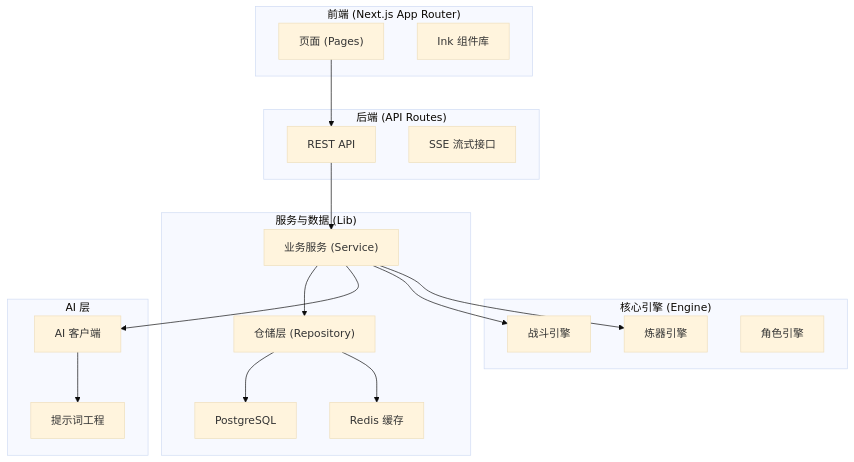
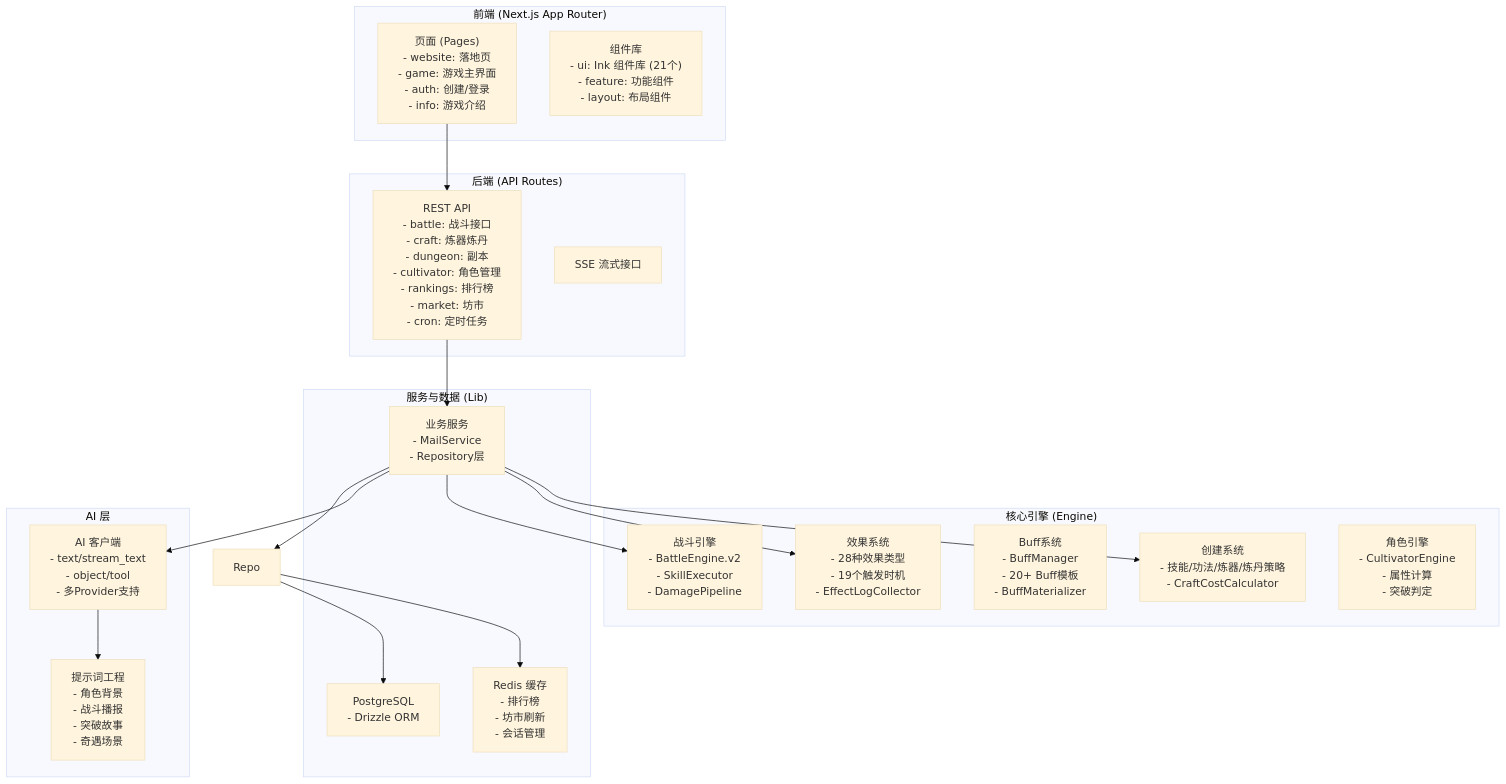
The diagram in README.md (ChurchTao/Daoyou), drawn with Mermaid (base theme) before and after one commit. The commit also changed other lines of this file, not shown here.

````diff
--- a/README.md
+++ b/README.md
@@ -87,31 +161,73 @@
 ```mermaid
 graph TB
 subgraph "前端 (Next.js App Router)"
-Pages["页面 (Pages)"]
-Components["Ink 组件库"]
+Pages["页面 (Pages)
+- website: 落地页
+- game: 游戏主界面
+- auth: 创建/登录
+- info: 游戏介绍"]
+Components["组件库
+- ui: Ink 组件库 (21个)
+- feature: 功能组件
+- layout: 布局组件"]
 end
 
 subgraph "后端 (API Routes)"
-API["REST API"]
+API["REST API
+- battle: 战斗接口
+- craft: 炼器炼丹
+- dungeon: 副本
+- cultivator: 角色管理
+- rankings: 排行榜
+- market: 坊市
+- cron: 定时任务"]
 SSE["SSE 流式接口"]
 end
 
 subgraph "核心引擎 (Engine)"
-BattleEng["战斗引擎"]
-CraftEng["炼器引擎"]
-CharEng["角色引擎"]
+BattleEng["战斗引擎
+- BattleEngine.v2
+- SkillExecutor
+- DamagePipeline"]
+EffectEng["效果系统
+- 28种效果类型
+- 19个触发时机
+- EffectLogCollector"]
+BuffSys["Buff系统
+- BuffManager
+- 20+ Buff模板
+- BuffMaterializer"]
+CreationEng["创建系统
+- 技能/功法/炼器/炼丹策略
+- CraftCostCalculator"]
+CharEng["角色引擎
+- CultivatorEngine
+- 属性计算
+- 突破判定"]
 end
 
 subgraph "服务与数据 (Lib)"
-Services["业务服务 (Service)"]
-Repo["仓储层 (Repository)"]
-Redis["Redis 缓存"]
-DB["PostgreSQL"]
+Services["业务服务
+- MailService
+- Repository层"]
+Redis["Redis 缓存
+- 排行榜
+- 坊市刷新
+- 会话管理"]
+DB["PostgreSQL
+- Drizzle ORM"]
 end
 
 subgraph "AI 层"
-AIClient["AI 客户端"]
-Prompts["提示词工程"]
+AIClient["AI 客户端
+- text/stream_text
+- object/tool
+- 多Provider支持"]
+Prompts["提示词工程
+- 角色背景
+- 战斗播报
+- 突破故事
+- 奇遇场景"]
 end
 
 Pages --> API
@@ -119,7 +235,8 @@
 Services --> Repo
 Services --> AIClient
 Services --> BattleEng
-Services --> CraftEng
+Services --> EffectEng
+Services --> CreationEng
 Repo --> DB
 Repo --> Redis
 AIClient --> Prompts
````
